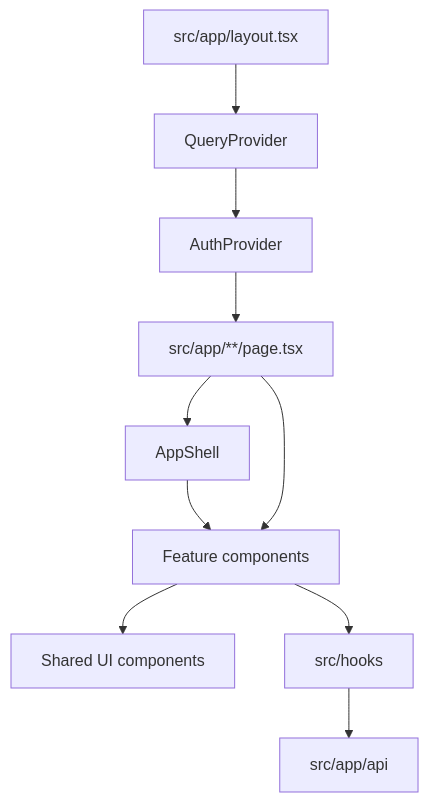
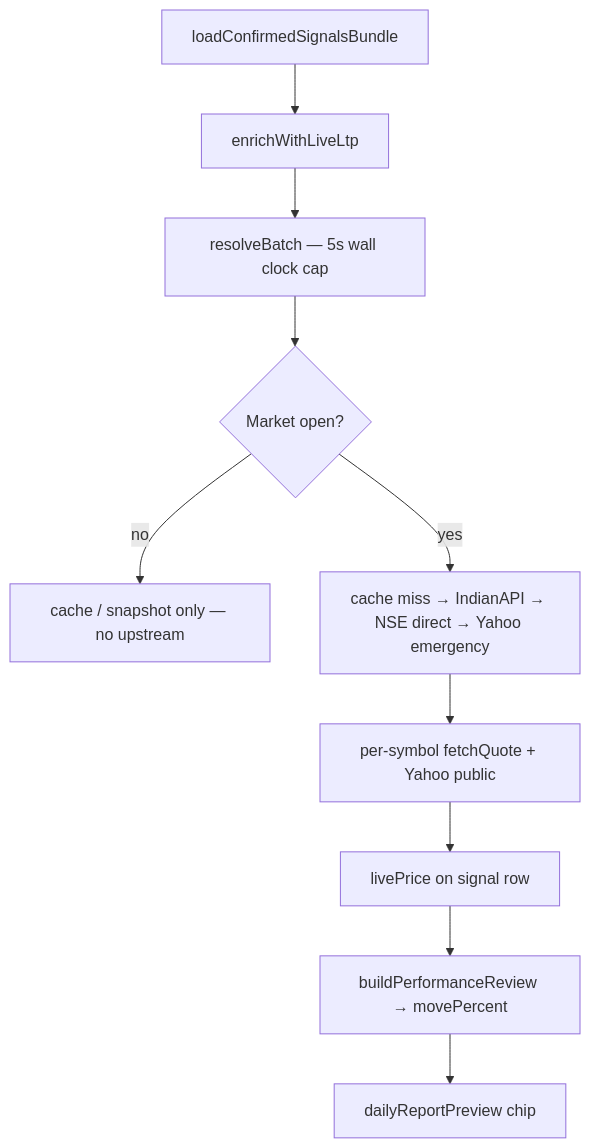
The fifth of 7 diagrams in ARCHITECTURE.md (saurabhmani/api-update), drawn with Mermaid before and after one commit. The commit also changed other lines of this file, not shown here.

Commit message:
Architecture.md Updated

````diff
--- a/ARCHITECTURE.md
+++ b/ARCHITECTURE.md
@@ -328,20 +252,12 @@
 ```mermaid
-flowchart TB
-    Root[src/app/layout.tsx]
-    Query[QueryProvider]
-    Auth[AuthProvider]
-    Page[src/app/**/page.tsx]
-    Shell[AppShell]
-    Feature[Feature components]
-    Shared[Shared UI components]
-    Hooks[src/hooks]
-    Api[src/app/api]
-
-    Root --> Query --> Auth --> Page
-    Page --> Shell
-    Shell --> Feature
-    Page --> Feature
-    Feature --> Shared
-    Feature --> Hooks
-    Hooks --> Api
+flowchart TD
+    Bundle[loadConfirmedSignalsBundle] --> Enrich[enrichWithLiveLtp]
+    Enrich --> RB[resolveBatch — 5s wall clock cap]
+    RB --> Closed{Market open?}
+    Closed -->|no| CacheOnly[cache / snapshot only — no upstream]
+    Closed -->|yes| Chain[cache miss → IndianAPI → NSE direct → Yahoo emergency]
+    Chain --> Fallback[per-symbol fetchQuote + Yahoo public]
+    Fallback --> Row[livePrice on signal row]
+    Row --> Perf[buildPerformanceReview → movePercent]
+    Perf --> Preview[dailyReportPreview chip]
 ```
````
